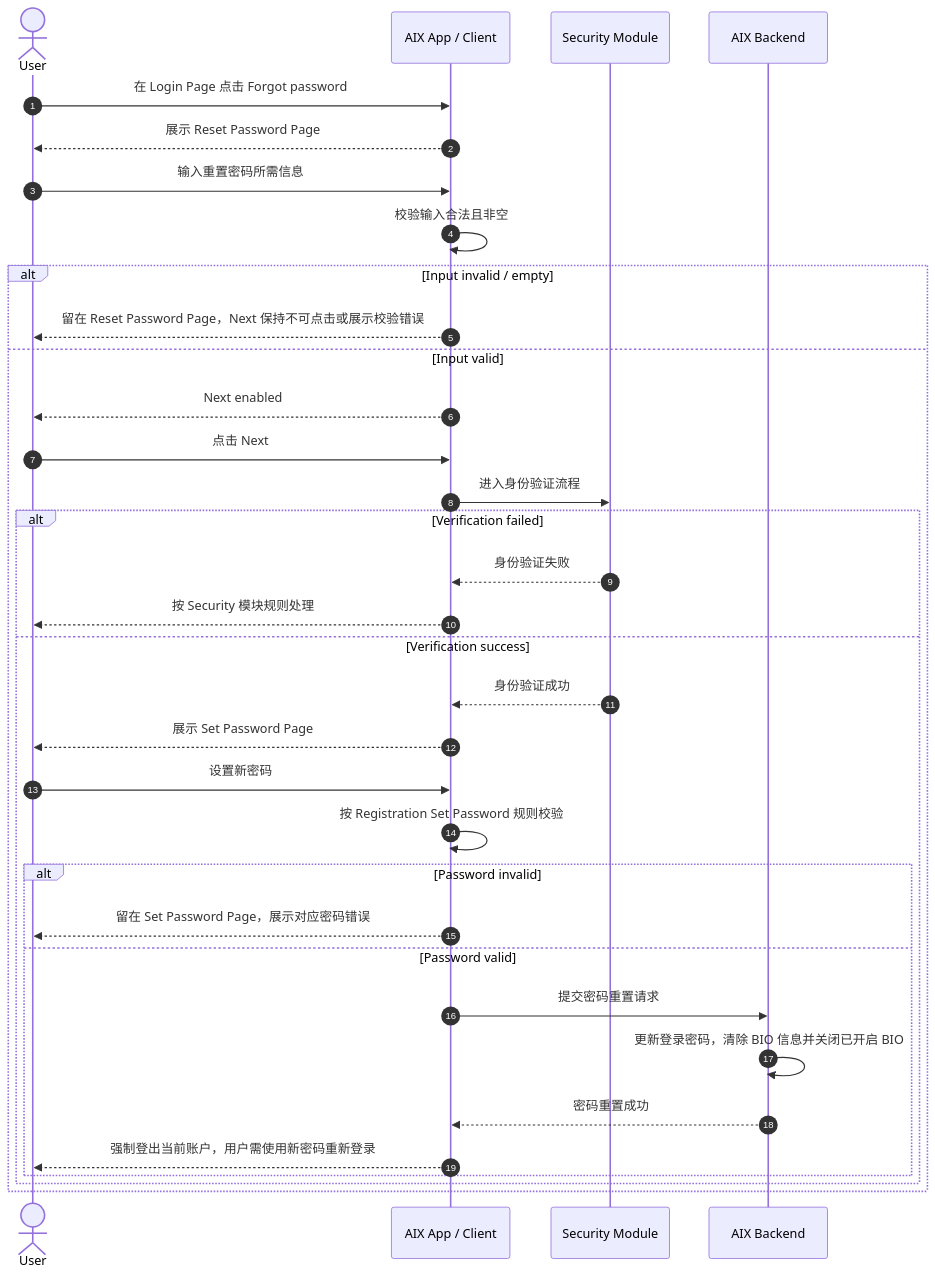
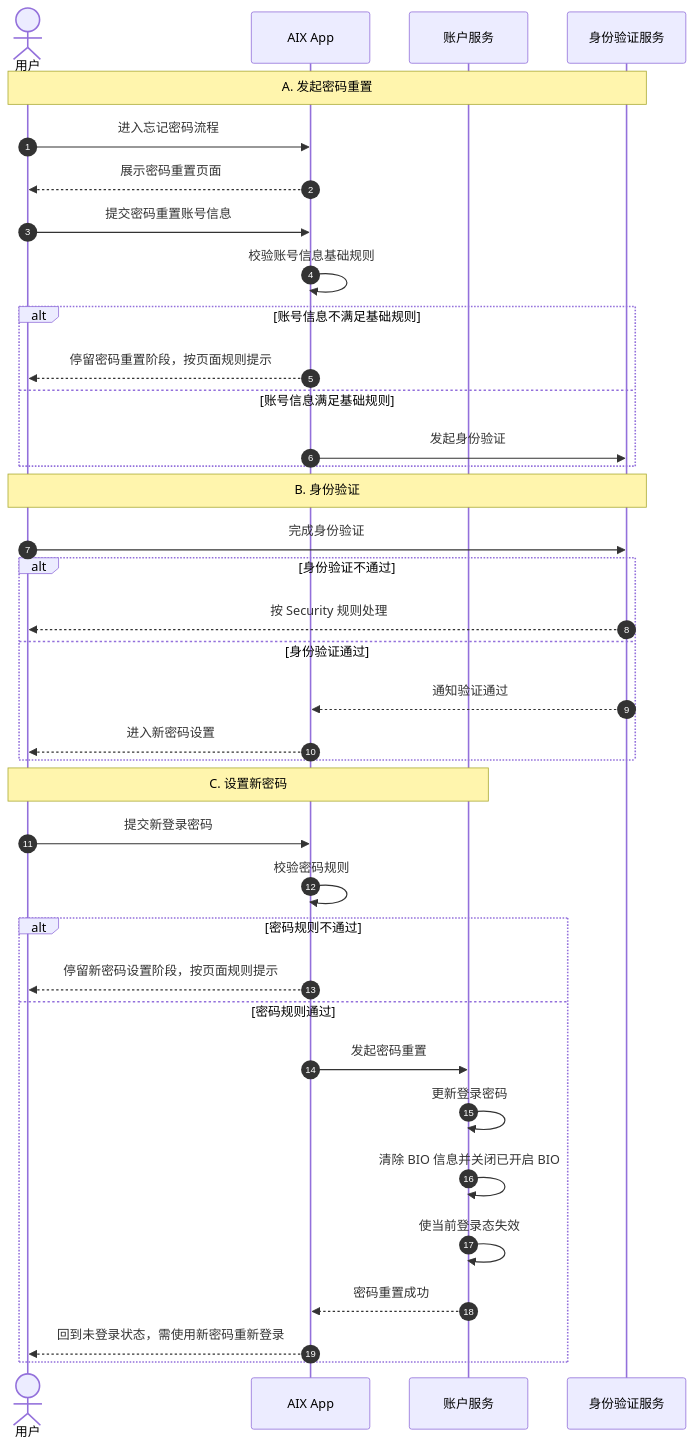
One commit to kelvin381539960-cyber/prd-for-ai changed the first of 2 diagrams in knowledge-base/account/password-reset.md. Above: the diagram before and after it, drawn with Mermaid. The commit also changed other lines of this file, not shown here.

Commit message:
Align password reset business sequence diagram with PRD template

````diff
--- a/knowledge-base/account/password-reset.md
+++ b/knowledge-base/account/password-reset.md
@@ -57,37 +61,46 @@
 ```mermaid
 sequenceDiagram
     autonumber
-    actor User as User
-    participant Client as AIX App / Client
-    participant Security as Security Module
-    participant Backend as AIX Backend
+    actor 用户
+    participant App as AIX App
+    participant Account as 账户服务
+    participant Security as 身份验证服务
 
-    User->>Client: 在 Login Page 点击 Forgot password
-    Client-->>User: 展示 Reset Password Page
-    User->>Client: 输入重置密码所需信息
-    Client->>Client: 校验输入合法且非空
-    alt Input invalid / empty
-        Client-->>User: 留在 Reset Password Page，Next 保持不可点击或展示校验错误
-    else Input valid
-        Client-->>User: Next enabled
-        User->>Client: 点击 Next
-        Client->>Security: 进入身份验证流程
-        alt Verification failed
-            Security-->>Client: 身份验证失败
-            Client-->>User: 按 Security 模块规则处理
-        else Verification success
-            Security-->>Client: 身份验证成功
-            Client-->>User: 展示 Set Password Page
-            User->>Client: 设置新密码
-            Client->>Client: 按 Registration Set Password 规则校验
-            alt Password invalid
-                Client-->>User: 留在 Set Password Page，展示对应密码错误
-            else Password valid
-                Client->>Backend: 提交密码重置请求
-                Backend->>Backend: 更新登录密码，清除 BIO 信息并关闭已开启 BIO
-                Backend-->>Client: 密码重置成功
-                Client-->>User: 强制登出当前账户，用户需使用新密码重新登录
-            end
-        end
+    Note over 用户,Security: A. 发起密码重置
+    用户->>App: 进入忘记密码流程
+    App-->>用户: 展示密码重置页面
+
+    用户->>App: 提交密码重置账号信息
+    App->>App: 校验账号信息基础规则
+
+    alt 账号信息不满足基础规则
+        App-->>用户: 停留密码重置阶段，按页面规则提示
+    else 账号信息满足基础规则
+        App->>Security: 发起身份验证
+    end
+
+    Note over 用户,Security: B. 身份验证
+    用户->>Security: 完成身份验证
+
+    alt 身份验证不通过
+        Security-->>用户: 按 Security 规则处理
+    else 身份验证通过
+        Security-->>App: 通知验证通过
+        App-->>用户: 进入新密码设置
+    end
+
+    Note over 用户,Account: C. 设置新密码
+    用户->>App: 提交新登录密码
+    App->>App: 校验密码规则
+
+    alt 密码规则不通过
+        App-->>用户: 停留新密码设置阶段，按页面规则提示
+    else 密码规则通过
+        App->>Account: 发起密码重置
+        Account->>Account: 更新登录密码
+        Account->>Account: 清除 BIO 信息并关闭已开启 BIO
+        Account->>Account: 使当前登录态失效
+        Account-->>App: 密码重置成功
+        App-->>用户: 回到未登录状态，需使用新密码重新登录
     end
 ```
````
